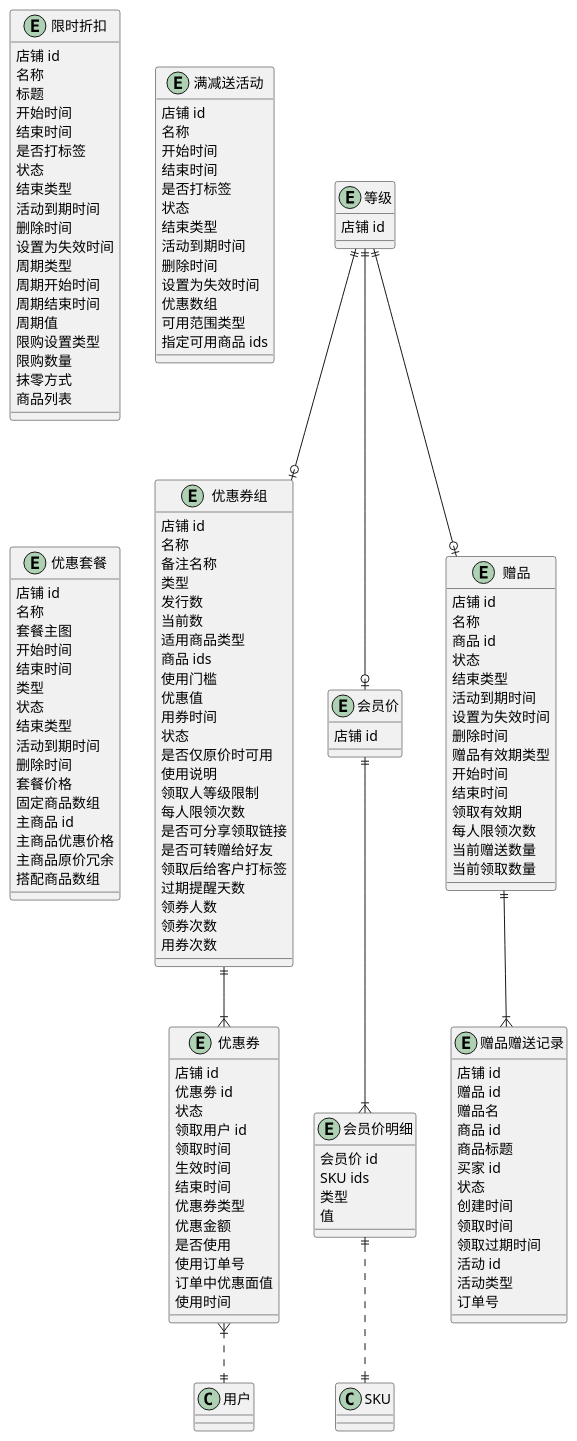
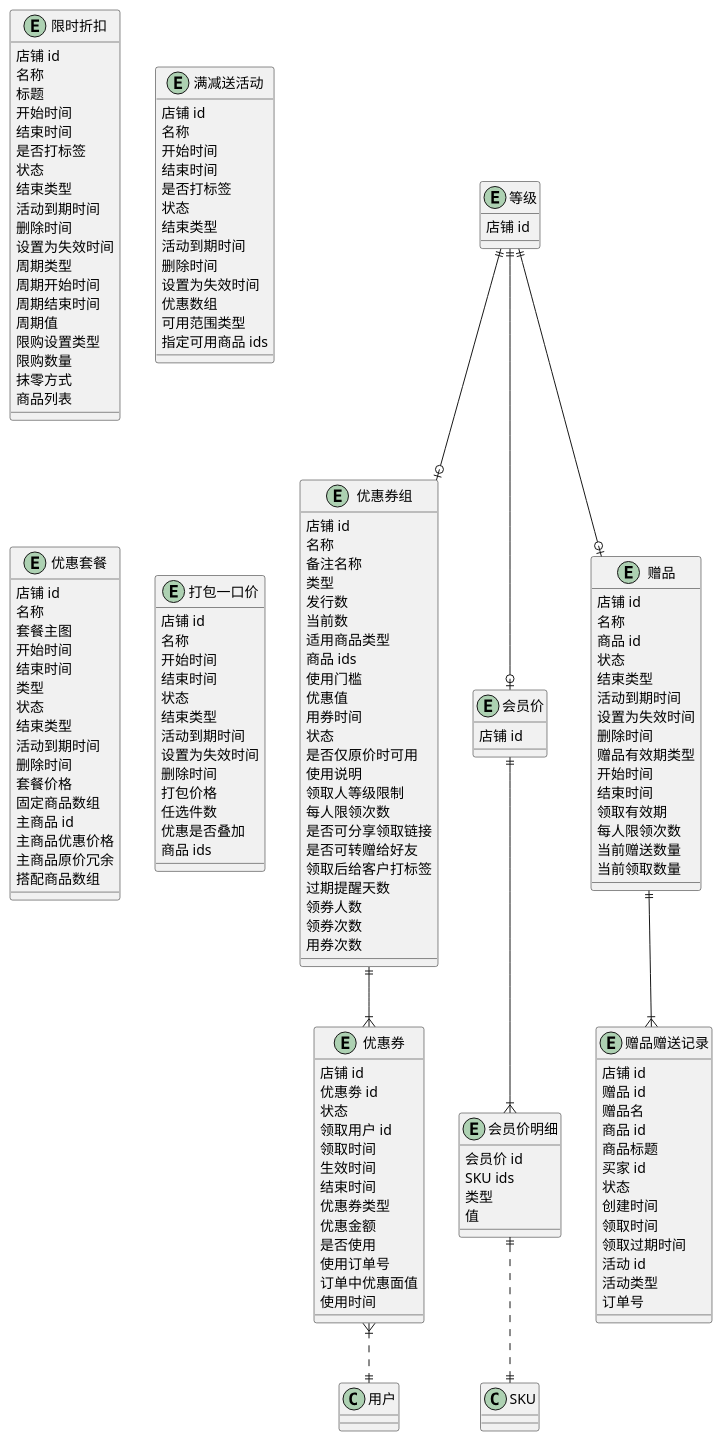
Before and after one commit to awesomecat2020/mock-mall: the diagram in 营销.wsd, drawn with PlantUML.

Commit message:
打包一口价

```diff
--- a/营销.wsd
+++ b/营销.wsd
@@ -220,6 +220,7 @@
     可用范围类型
     指定可用商品 ids
 }
+' 不允许编辑价格、规格等信息
 entity 优惠套餐 {
     店铺 id
     名称
@@ -262,6 +263,29 @@
     ' }]
     搭配商品数组
 }
+' 允许编辑价格、规格等信息
+entity 打包一口价 {
+    店铺 id
+    名称
+    开始时间
+    结束时间
+    ' 1-未开始
+    ' 2-进行中
+    ' 3-已结束
+    ' 4-已删除
+    状态
+    ' 1-活动到期
+    ' 2-手动删除
+    ' 3-手动失效
+    结束类型
+    活动到期时间
+    设置为失效时间
+    删除时间
+    打包价格
+    任选件数
+    优惠是否叠加
+    商品 ids
+}
 
 ' 等级
 等级 ||--o| 赠品
```
